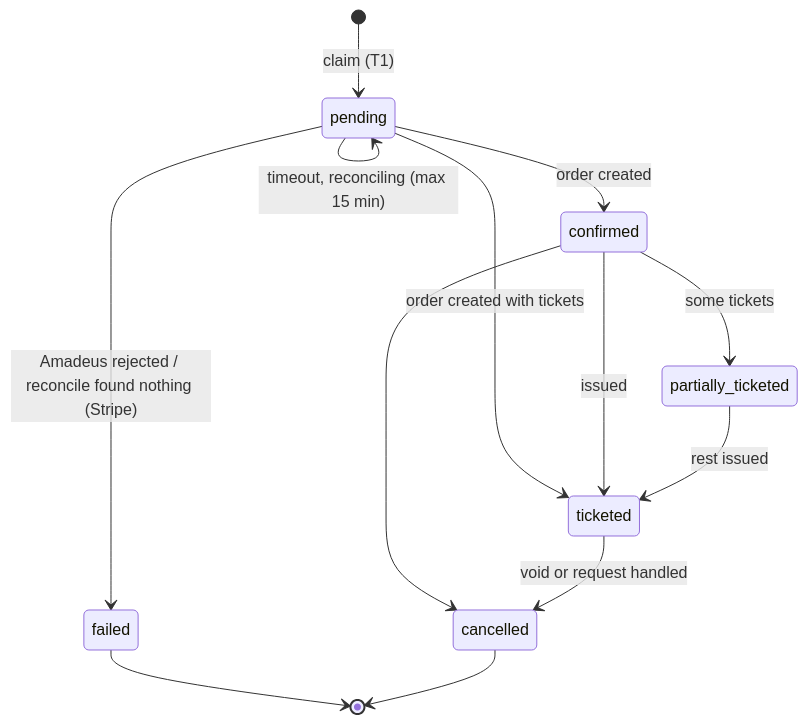
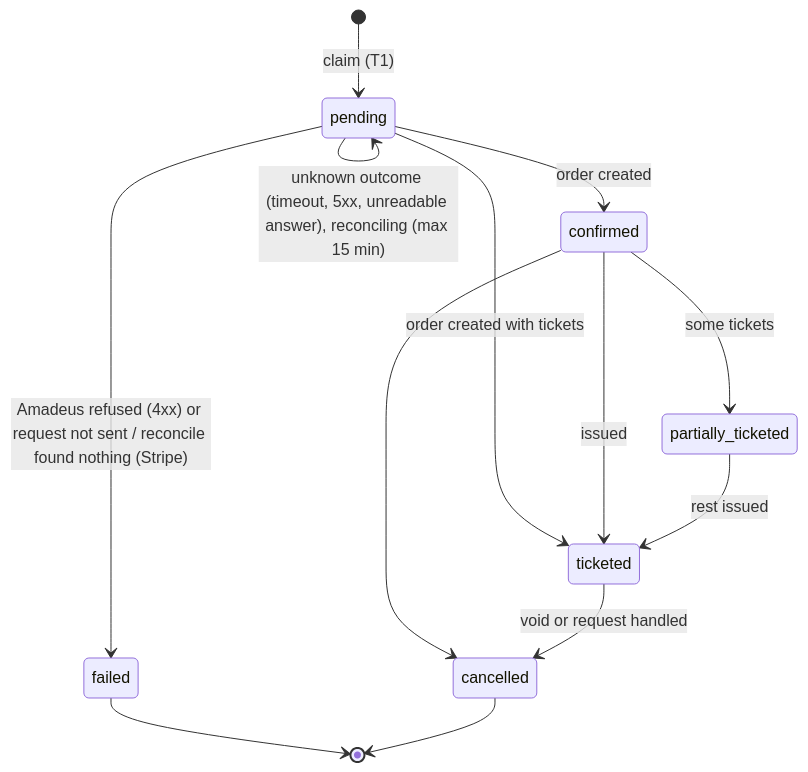
Before and after one commit to bhagwati-prasad/velexis-ota: the first of 4 diagrams in ota/docs/architecture-booking.md, drawn with Mermaid. The commit also changed other lines of this file and 13 other files, not shown here.

First line of the commit message:
docs(adr): record the staff revocation key, the staff token claims and the unknown order outcome [OBE-059, OBE-042, OBE-056]

````diff
--- a/ota/docs/architecture-booking.md
+++ b/ota/docs/architecture-booking.md
@@ -19,15 +19,15 @@
 ```mermaid
 stateDiagram-v2
   [*] --> pending: claim (T1)
   pending --> confirmed: order created
   pending --> ticketed: order created with tickets
-  pending --> failed: Amadeus rejected / reconcile found nothing (Stripe)
-  pending --> pending: timeout, reconciling (max 15 min)
+  pending --> failed: Amadeus refused (4xx) or request not sent / reconcile found nothing (Stripe)
+  pending --> pending: unknown outcome (timeout, 5xx, unreadable answer), reconciling (max 15 min)
   confirmed --> ticketed: issued
   confirmed --> partially_ticketed: some tickets
   partially_ticketed --> ticketed: rest issued
   confirmed --> cancelled
   ticketed --> cancelled: void or request handled
   failed --> [*]
   cancelled --> [*]
 ```
````
